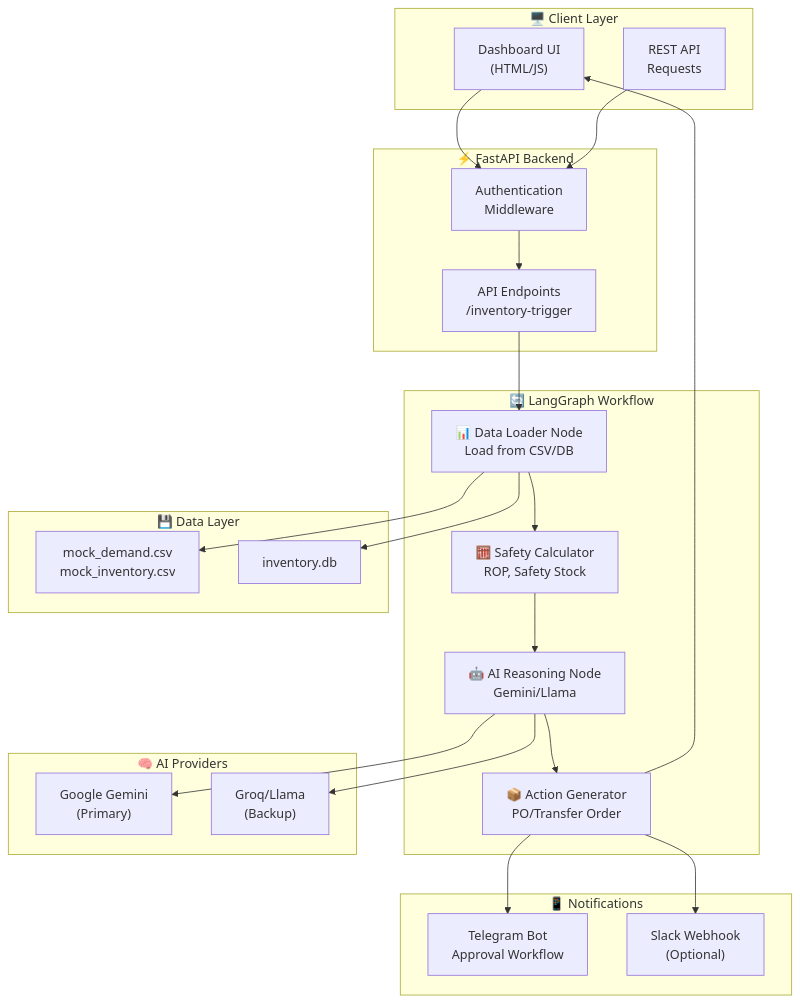
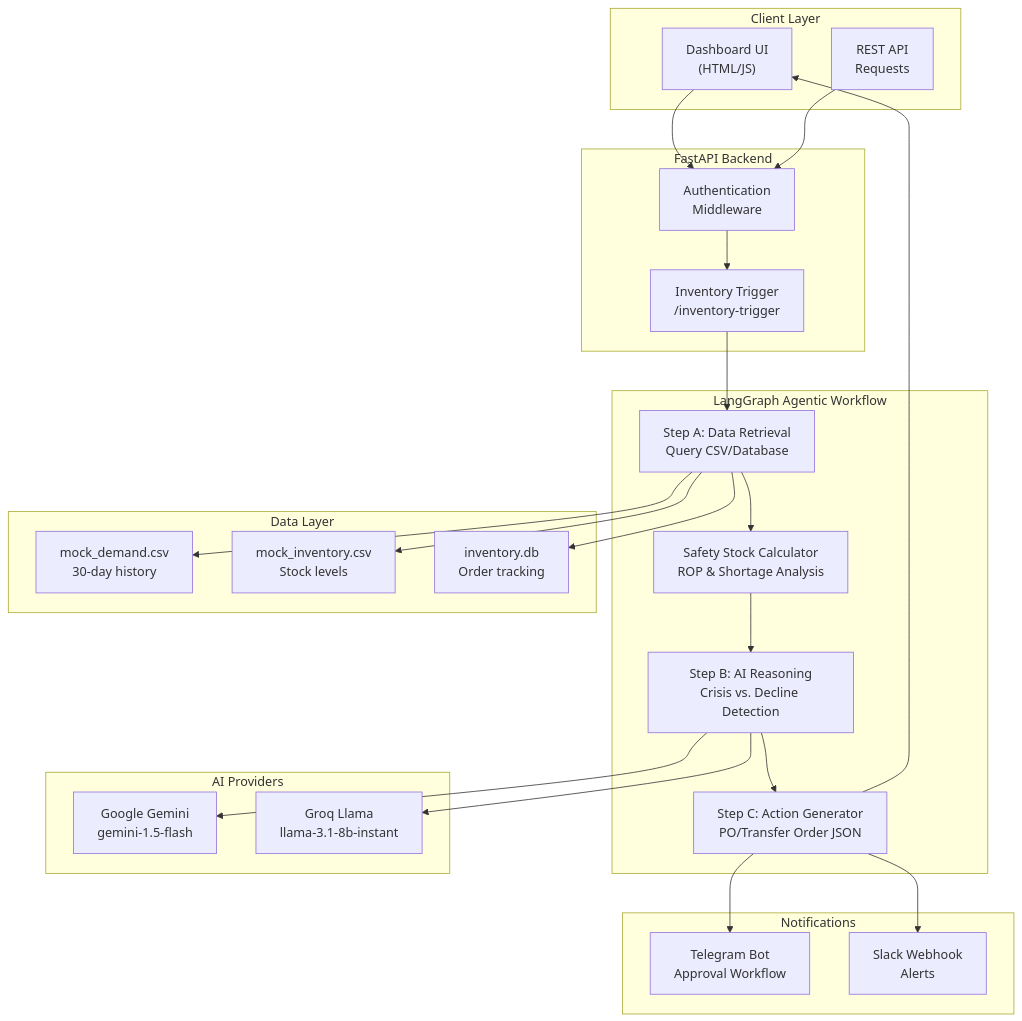
One commit to HemantSudarshan/Agentic-Inventory-Restocking-Servic changed the diagram in README.md. Above: the diagram before and after it, drawn with Mermaid. The commit also changed other lines of this file, not shown here.

Commit message:
docs: Professional README rewrite - Removed excessive emojis for professional tone - Explicitly mapped all PS.md requirements - Added detailed workflow node descriptions - Comprehensive deployment and testing guides - Clear technical implementation section

````diff
--- a/README.md
+++ b/README.md
@@ -48,49 +77,51 @@
 ```mermaid
 flowchart TB
-    subgraph Client ["🖥️ Client Layer"]
+    subgraph Client ["Client Layer"]
         Dashboard["Dashboard UI<br>(HTML/JS)"]
-        API["REST API<br>Requests"]
+        RESTAPI["REST API<br>Requests"]
     end
 
-    subgraph FastAPI ["⚡ FastAPI Backend"]
+    subgraph Backend ["FastAPI Backend"]
         Auth["Authentication<br>Middleware"]
-        Endpoints["API Endpoints<br>/inventory-trigger"]
+        Trigger["Inventory Trigger<br>/inventory-trigger"]
     end
 
-    subgraph LangGraph ["🔄 LangGraph Workflow"]
-        DataLoader["📊 Data Loader Node<br>Load from CSV/DB"]
-        SafetyCalc["🧮 Safety Calculator<br>ROP, Safety Stock"]
-        Reasoning["🤖 AI Reasoning Node<br>Gemini/Llama"]
-        Action["📦 Action Generator<br>PO/Transfer Order"]
+    subgraph Workflow ["LangGraph Agentic Workflow"]
+        DataNode["Step A: Data Retrieval<br>Query CSV/Database"]
+        SafetyNode["Safety Stock Calculator<br>ROP & Shortage Analysis"]
+        ReasonNode["Step B: AI Reasoning<br>Crisis vs. Decline Detection"]
+        ActionNode["Step C: Action Generator<br>PO/Transfer Order JSON"]
     end
 
-    subgraph Data ["💾 Data Layer"]
-        CSV["mock_demand.csv<br>mock_inventory.csv"]
-        SQLite["inventory.db"]
+    subgraph Data ["Data Layer"]
+        DemandCSV["mock_demand.csv<br>30-day history"]
+        InventoryCSV["mock_inventory.csv<br>Stock levels"]
+        DB["inventory.db<br>Order tracking"]
     end
 
-    subgraph AI ["🧠 AI Providers"]
-        Gemini["Google Gemini<br>(Primary)"]
-        Groq["Groq/Llama<br>(Backup)"]
+    subgraph AI ["AI Providers"]
+        Gemini["Google Gemini<br>gemini-1.5-flash"]
+        Groq["Groq Llama<br>llama-3.1-8b-instant"]
     end
 
-    subgraph Notifications ["📱 Notifications"]
+    subgraph Notify ["Notifications"]
         Telegram["Telegram Bot<br>Approval Workflow"]
-        Slack["Slack Webhook<br>(Optional)"]
+        Slack["Slack Webhook<br>Alerts"]
     end
 
     Dashboard --> Auth
-    API --> Auth
-    Auth --> Endpoints
-    Endpoints --> DataLoader
-    DataLoader --> CSV
-    DataLoader --> SQLite
-    DataLoader --> SafetyCalc
-    SafetyCalc --> Reasoning
-    Reasoning --> Gemini
-    Reasoning --> Groq
-    Reasoning --> Action
-    Action --> Telegram
-    Action --> Slack
-    Action --> Dashboard
+    RESTAPI --> Auth
+    Auth --> Trigger
+    Trigger --> DataNode
+    DataNode --> DemandCSV
+    DataNode --> InventoryCSV
+    DataNode --> DB
+    DataNode --> SafetyNode
+    SafetyNode --> ReasonNode
+    ReasonNode --> Gemini
+    ReasonNode --> Groq
+    ReasonNode --> ActionNode
+    ActionNode --> Telegram
+    ActionNode --> Slack
+    ActionNode --> Dashboard
 ```
````
